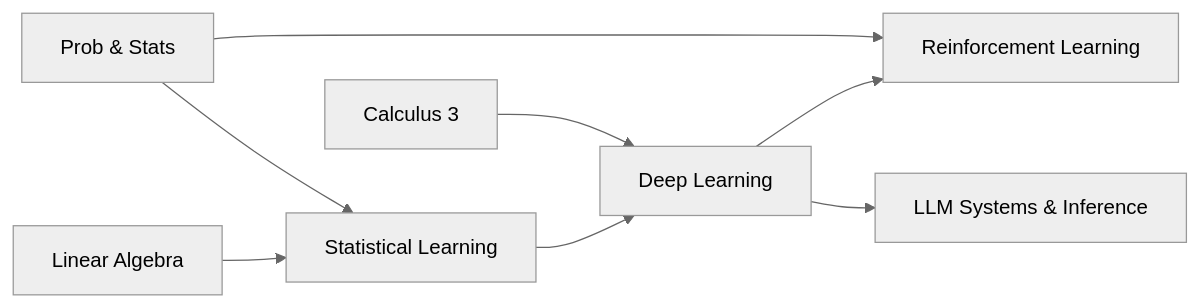
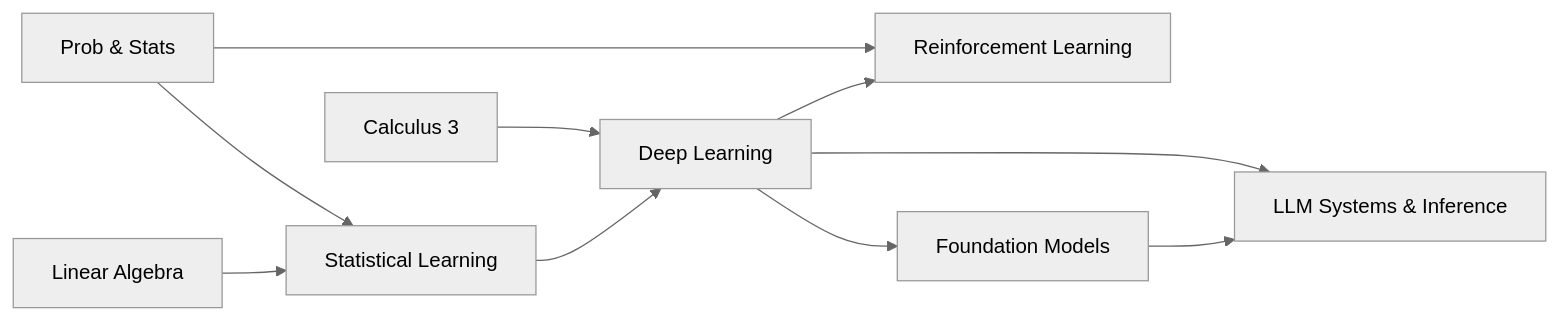
Before and after one commit to urmzd/supersource: the diagram in ml/README.md, drawn with Mermaid (neutral theme). The commit also changed other lines of this file and 3 other files, not shown here.

First line of the commit message:
docs(ml): add foundation models & architectures topic

````diff
--- a/ml/README.md
+++ b/ml/README.md
@@ -9,10 +9,12 @@
 ```mermaid
 graph LR
     LA[Linear Algebra] --> SL[Statistical Learning]
     PS[Prob & Stats] --> SL
     SL --> DL[Deep Learning]
     C3[Calculus 3] --> DL
     DL --> RL[Reinforcement Learning]
     PS --> RL
-    DL --> LLM[LLM Systems & Inference]
+    DL --> FM[Foundation Models]
+    FM --> LLM[LLM Systems & Inference]
+    DL --> LLM
 ```
````
